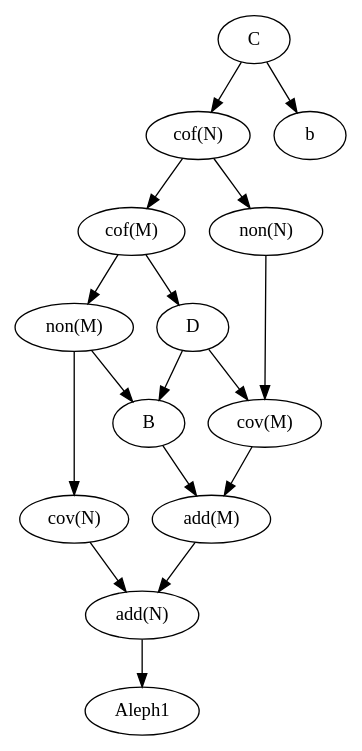
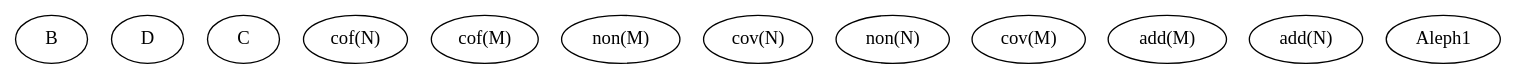
The diagram in CCview/output/relations.dot (calliope1/CCview), drawn with Graphviz before and after one commit. The commit also changed 9 other files, not shown here.

```diff
--- a/CCview/output/relations.dot
+++ b/CCview/output/relations.dot
@@ -1,31 +1,14 @@
 digraph G {
-0 [label="C"];
-1 [label="cof(N)"];
-2 [label="cof(M)"];
-3 [label="non(N)"];
-4 [label="non(M)"];
-5 [label="D"];
+0 [label="B"];
+1 [label="D"];
+2 [label="C"];
+3 [label="cof(N)"];
+4 [label="cof(M)"];
+5 [label="non(M)"];
 6 [label="cov(N)"];
-7 [label="B"];
+7 [label="non(N)"];
 8 [label="cov(M)"];
 9 [label="add(M)"];
 10 [label="add(N)"];
 11 [label="Aleph1"];
-12 [label="b"];
-0 -> 1;
-0 -> 12;
-1 -> 2;
-1 -> 3;
-2 -> 4;
-2 -> 5;
-3 -> 8;
-4 -> 6;
-4 -> 7;
-5 -> 7;
-5 -> 8;
-6 -> 10;
-7 -> 9;
-8 -> 9;
-9 -> 10;
-10 -> 11;
 }
```
